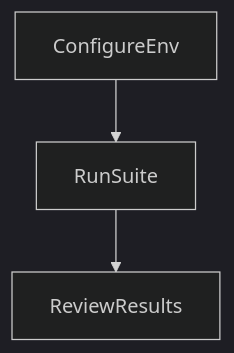
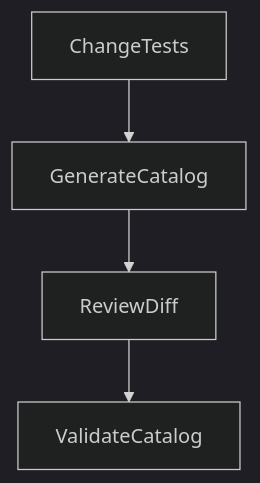
Before and after one commit to markmhendrickson/neotoma: the diagram in docs/testing/automated_test_catalog.md, drawn with Mermaid (dark theme). The commit also changed other lines of this file and 161 other files, not shown here.

````diff
--- a/docs/testing/automated_test_catalog.md
+++ b/docs/testing/automated_test_catalog.md
@@ -83,5 +41,6 @@
 ```mermaid
 flowchart TD
-    ConfigureEnv[ConfigureEnv] --> RunSuite[RunSuite]
-    RunSuite --> ReviewResults[ReviewResults]
+    ChangeTests[ChangeTests] --> GenerateCatalog[GenerateCatalog]
+    GenerateCatalog --> ReviewDiff[ReviewDiff]
+    ReviewDiff --> ValidateCatalog[ValidateCatalog]
 ```
````
